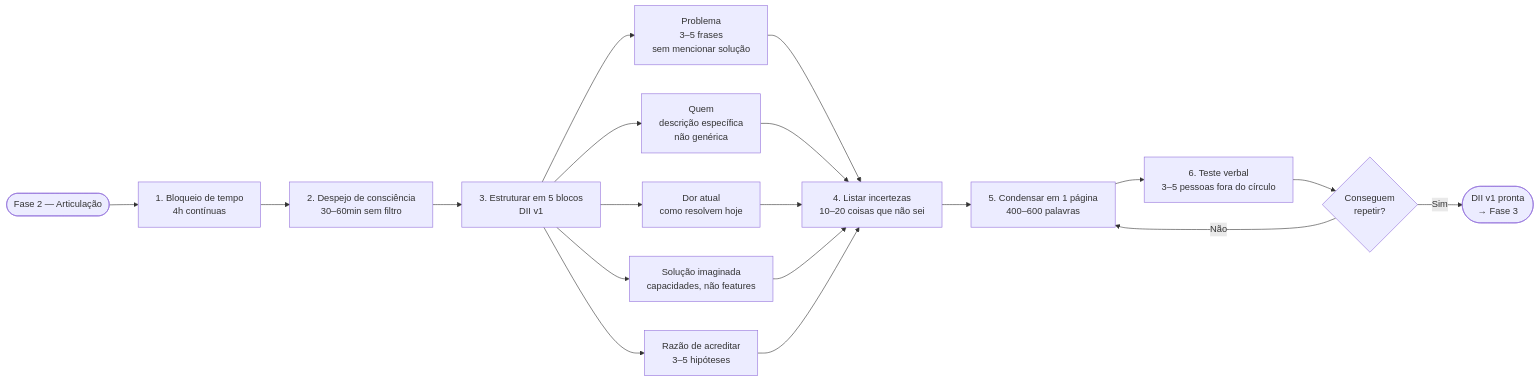
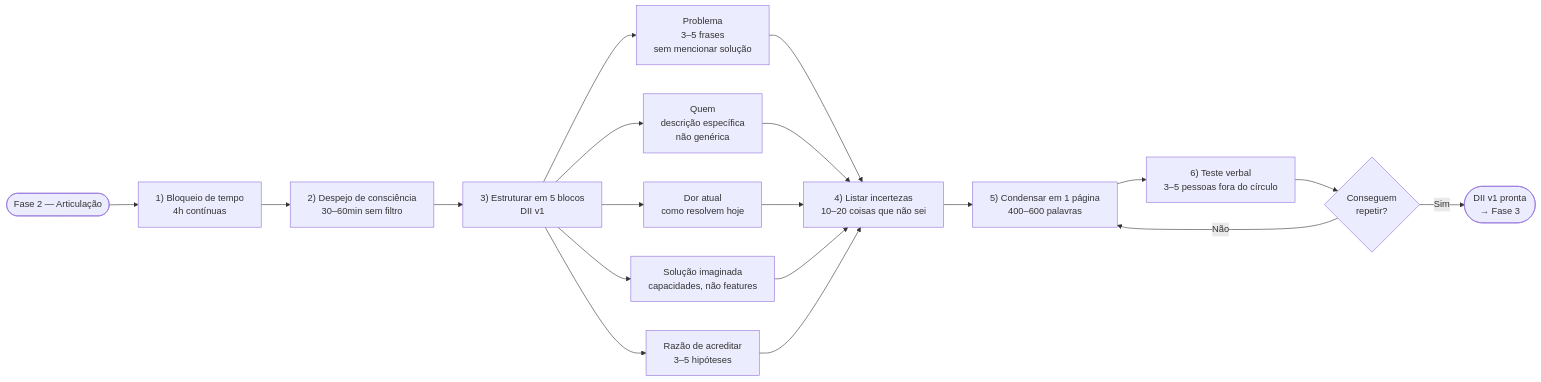
One commit to jottaprado/ignicao changed the diagram in fases/fase-02.md. Above: the diagram before and after it, drawn with Mermaid. The commit also changed 2 other files, not shown here.

Commit message:
fix: labels Mermaid com lista numerada renderizando como "Unsupported markdown: list"
Labels começando com 'N. ' (ex: "1. Bloqueio de tempo") eram
interpretados pelo renderer Mermaid do Obsidian como item de
lista numerada markdown — que Mermaid não suporta dentro de
labels — resultando no texto literal "Unsupported markdown: list"
no node.

Substituído 'N.' por 'N)' em fase-01.md (7 métodos) e fase-02.md
(7 passos), preservando a semântica sequencial.

Compilado IGNIÇÃO ... 2026.md atualizado em sincronia.

````diff
--- a/fases/fase-02.md
+++ b/fases/fase-02.md
@@ -29,19 +29,19 @@
 ```mermaid
 flowchart LR
-    A([Fase 2 — Articulação]) --> B["1. Bloqueio de tempo<br/>4h contínuas"]
-    B --> C["2. Despejo de consciência<br/>30–60min sem filtro"]
-    C --> D["3. Estruturar em 5 blocos<br/>DII v1"]
+    A([Fase 2 — Articulação]) --> B["1) Bloqueio de tempo<br/>4h contínuas"]
+    B --> C["2) Despejo de consciência<br/>30–60min sem filtro"]
+    C --> D["3) Estruturar em 5 blocos<br/>DII v1"]
 
     D --> B1["Problema<br/>3–5 frases<br/>sem mencionar solução"]
     D --> B2["Quem<br/>descrição específica<br/>não genérica"]
     D --> B3["Dor atual<br/>como resolvem hoje"]
     D --> B4["Solução imaginada<br/>capacidades, não features"]
     D --> B5["Razão de acreditar<br/>3–5 hipóteses"]
 
-    B1 & B2 & B3 & B4 & B5 --> E["4. Listar incertezas<br/>10–20 coisas que não sei"]
-    E --> F["5. Condensar em 1 página<br/>400–600 palavras"]
-    F --> G["6. Teste verbal<br/>3–5 pessoas fora do círculo"]
+    B1 & B2 & B3 & B4 & B5 --> E["4) Listar incertezas<br/>10–20 coisas que não sei"]
+    E --> F["5) Condensar em 1 página<br/>400–600 palavras"]
+    F --> G["6) Teste verbal<br/>3–5 pessoas fora do círculo"]
     G --> H{"Conseguem<br/>repetir?"}
     H -->|Não| F
     H -->|Sim| I(["DII v1 pronta<br/>→ Fase 3"])
 ```
````
